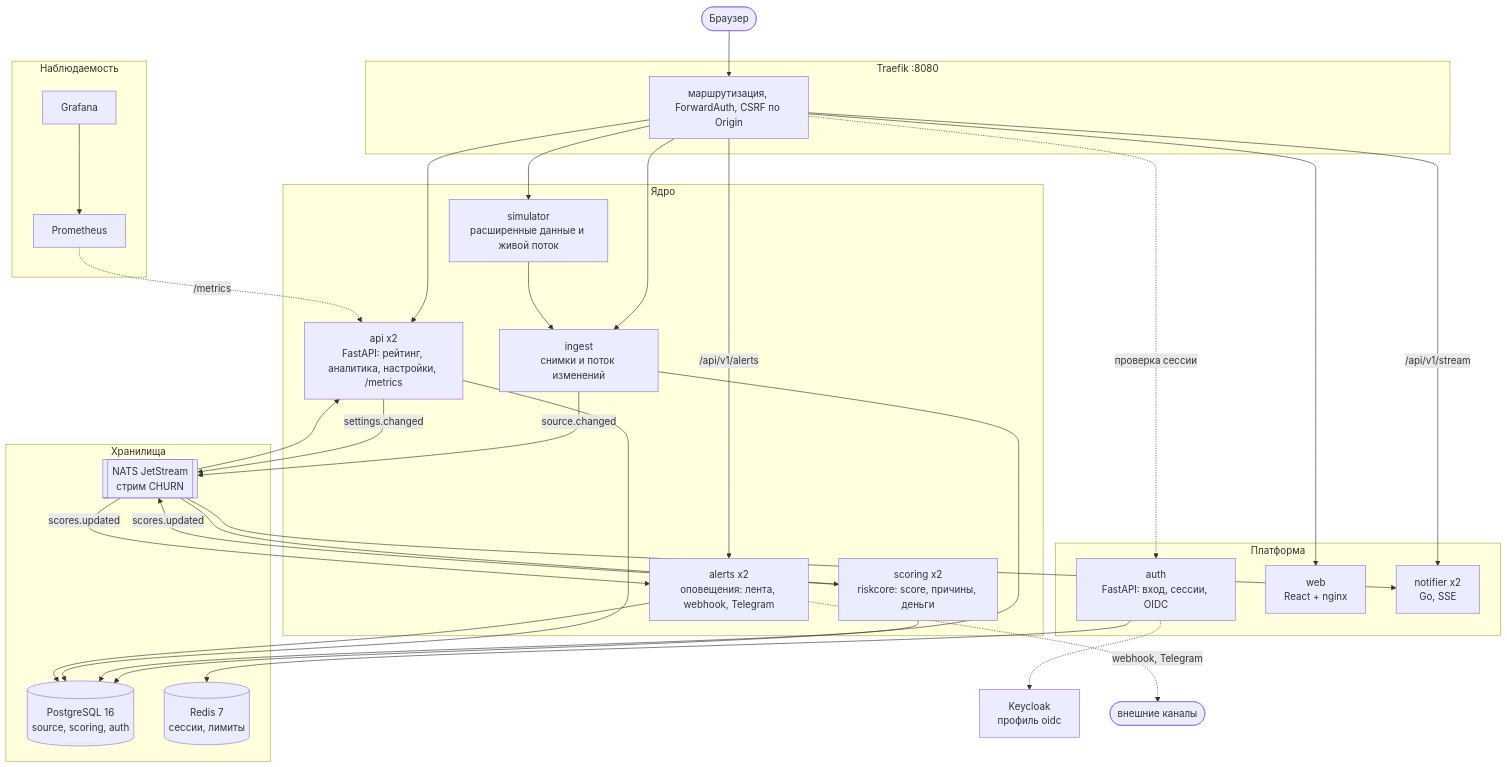
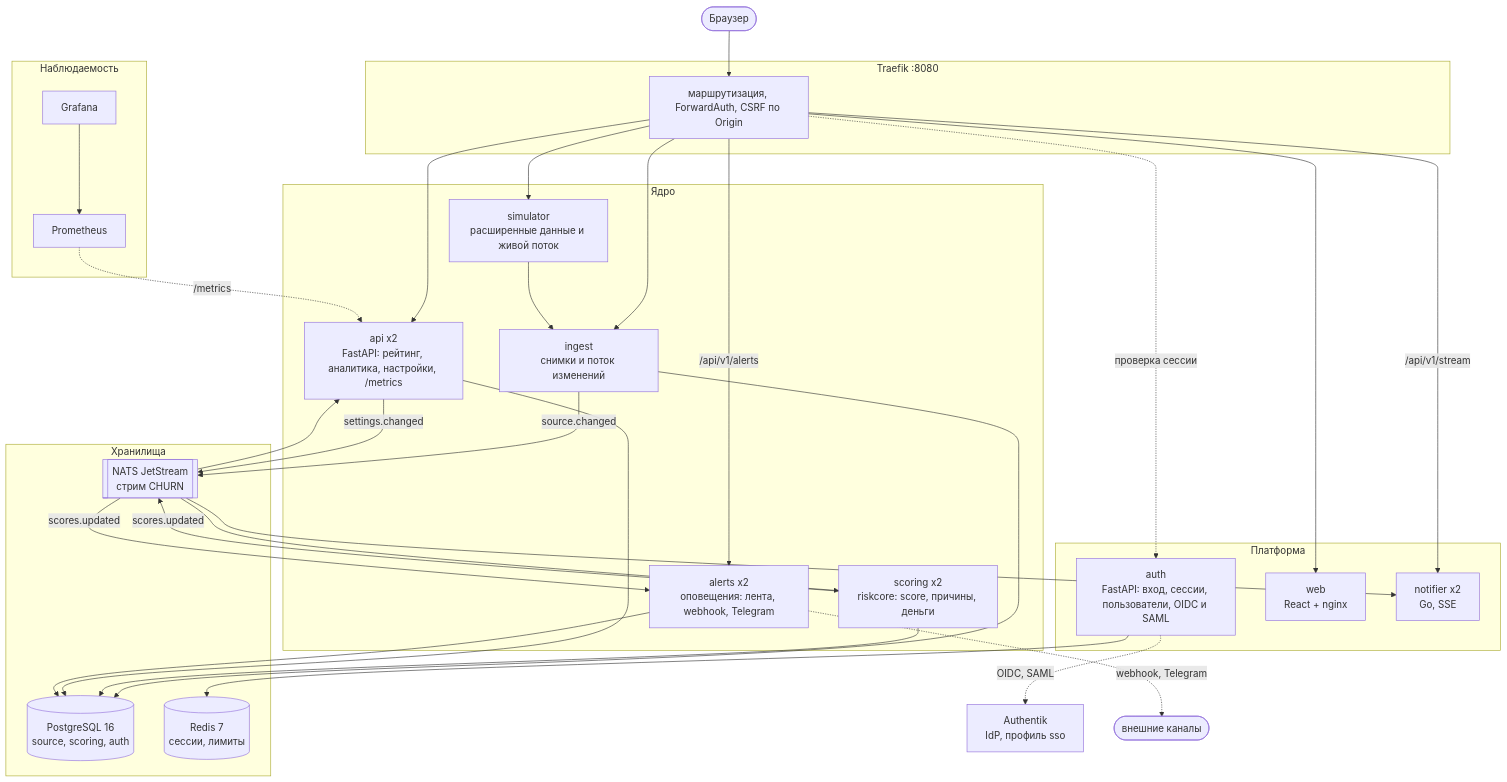
The diagram in README.md (dimon0804/ChurnRadar), drawn with Mermaid before and after one commit. The commit also changed other lines of this file and 4 other files, not shown here.

First line of the commit message:
docs: SSO через Authentik и управление пользователями

````diff
--- a/README.md
+++ b/README.md
@@ -195,61 +196,61 @@
 ```mermaid
 flowchart TB
     browser(["Браузер"])
 
     subgraph gw["Traefik :8080"]
         traefik["маршрутизация, ForwardAuth, CSRF по Origin"]
     end
 
     subgraph platform["Платформа"]
-        auth["auth<br/>FastAPI: вход, сессии, OIDC"]
+        auth["auth<br/>FastAPI: вход, сессии, пользователи, OIDC и SAML"]
         web["web<br/>React + nginx"]
         notifier["notifier x2<br/>Go, SSE"]
     end
 
     subgraph core["Ядро"]
         api["api x2<br/>FastAPI: рейтинг, аналитика, настройки, /metrics"]
         ingest["ingest<br/>снимки и поток изменений"]
         scoring["scoring x2<br/>riskcore: score, причины, деньги"]
         simulator["simulator<br/>расширенные данные и живой поток"]
         alerts["alerts x2<br/>оповещения: лента, webhook, Telegram"]
     end
 
     subgraph data["Хранилища"]
         pg[("PostgreSQL 16<br/>source, scoring, auth")]
         redis[("Redis 7<br/>сессии, лимиты")]
         nats[["NATS JetStream<br/>стрим CHURN"]]
     end
 
     subgraph obs["Наблюдаемость"]
         prom["Prometheus"]
         graf["Grafana"]
     end
 
-    keycloak["Keycloak<br/>профиль oidc"]
+    authentik["Authentik<br/>IdP, профиль sso"]
 
     browser --> traefik
     traefik -. "проверка сессии" .-> auth
     traefik --> web
     traefik --> api
     traefik --> ingest
     traefik --> simulator
     traefik -- "/api/v1/stream" --> notifier
     auth --> redis
-    auth -.-> keycloak
+    auth -. "OIDC, SAML" .-> authentik
     simulator --> ingest
     ingest --> pg
     ingest -- "source.changed" --> nats
     api -- "settings.changed" --> nats
     nats --> scoring
     scoring --> pg
     scoring -- "scores.updated" --> nats
     nats --> notifier
     nats --> api
     api --> pg
     traefik -- "/api/v1/alerts" --> alerts
     nats -- "scores.updated" --> alerts
     alerts --> pg
     alerts -. "webhook, Telegram" .-> outside(["внешние каналы"])
     prom -. "/metrics" .-> api
     graf --> prom
 ```
````
